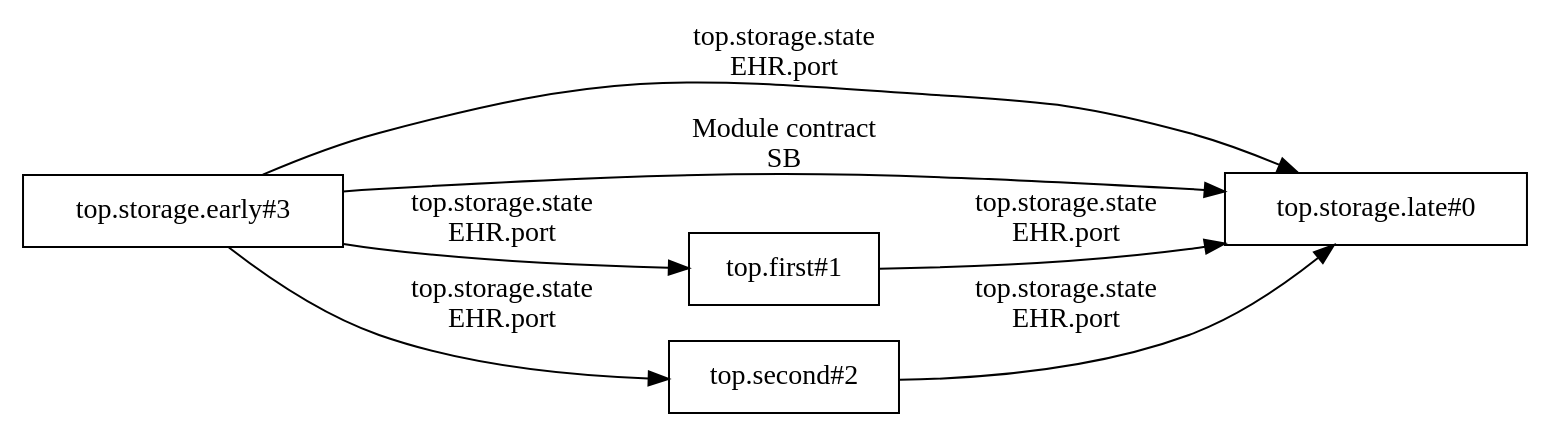
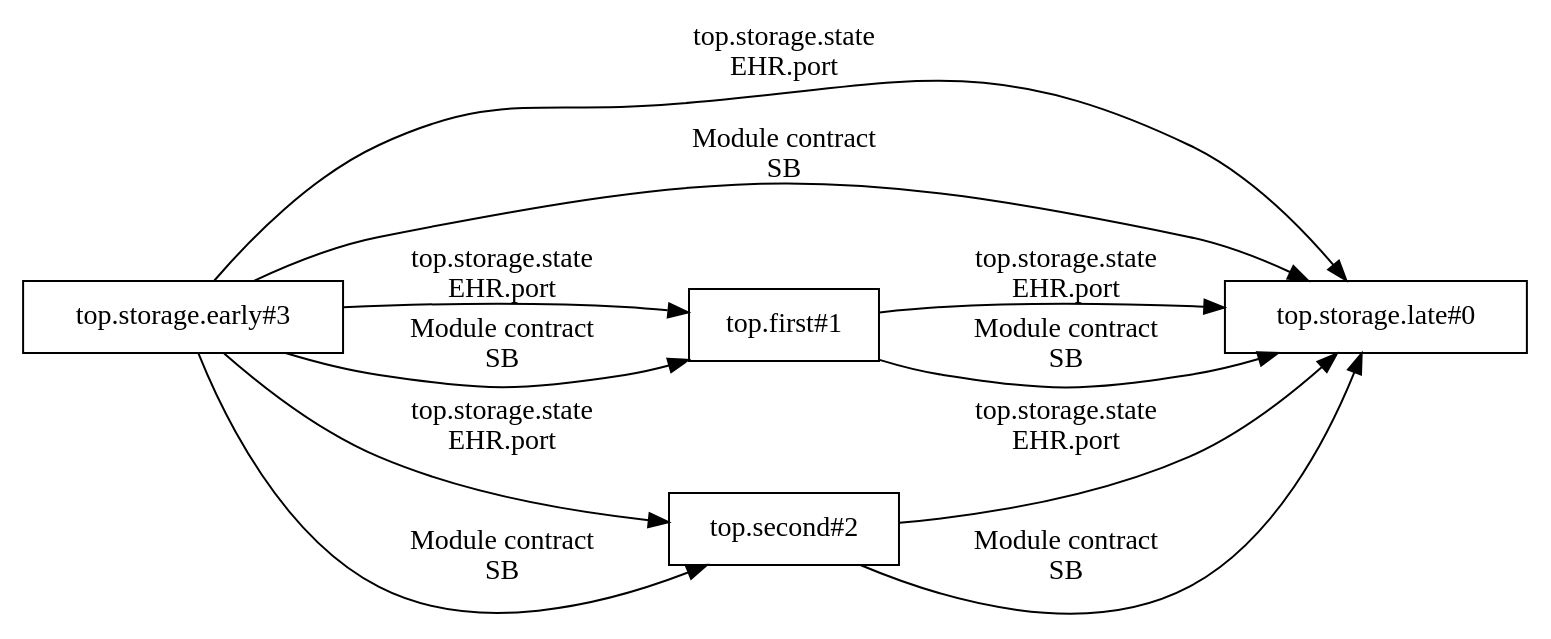
One commit to PTO-ISA/pyCircuit changed the diagram in pycircuit/builds/ehr_shared/rule-graph.dot. Above: the diagram before and after it, drawn with Graphviz. The commit also changed 81 other files, not shown here.

```diff
--- a/pycircuit/builds/ehr_shared/rule-graph.dot
+++ b/pycircuit/builds/ehr_shared/rule-graph.dot
@@ -1,14 +1,18 @@
 digraph Transactions {
   rankdir=LR;
   node [shape=box];
   t0 [label="top.storage.late#0"];
   t1 [label="top.first#1"];
   t2 [label="top.second#2"];
   t3 [label="top.storage.early#3"];
   t1 -> t0 [label="top.storage.state\nEHR.port"];
   t2 -> t0 [label="top.storage.state\nEHR.port"];
   t3 -> t0 [label="top.storage.state\nEHR.port"];
   t3 -> t1 [label="top.storage.state\nEHR.port"];
   t3 -> t2 [label="top.storage.state\nEHR.port"];
+  t1 -> t0 [label="Module contract\nSB"];
+  t2 -> t0 [label="Module contract\nSB"];
   t3 -> t0 [label="Module contract\nSB"];
+  t3 -> t1 [label="Module contract\nSB"];
+  t3 -> t2 [label="Module contract\nSB"];
 }
```
